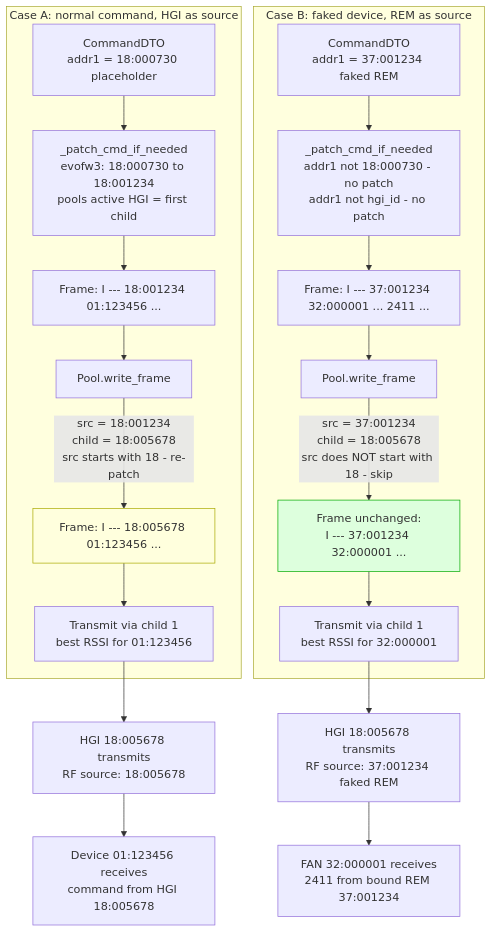
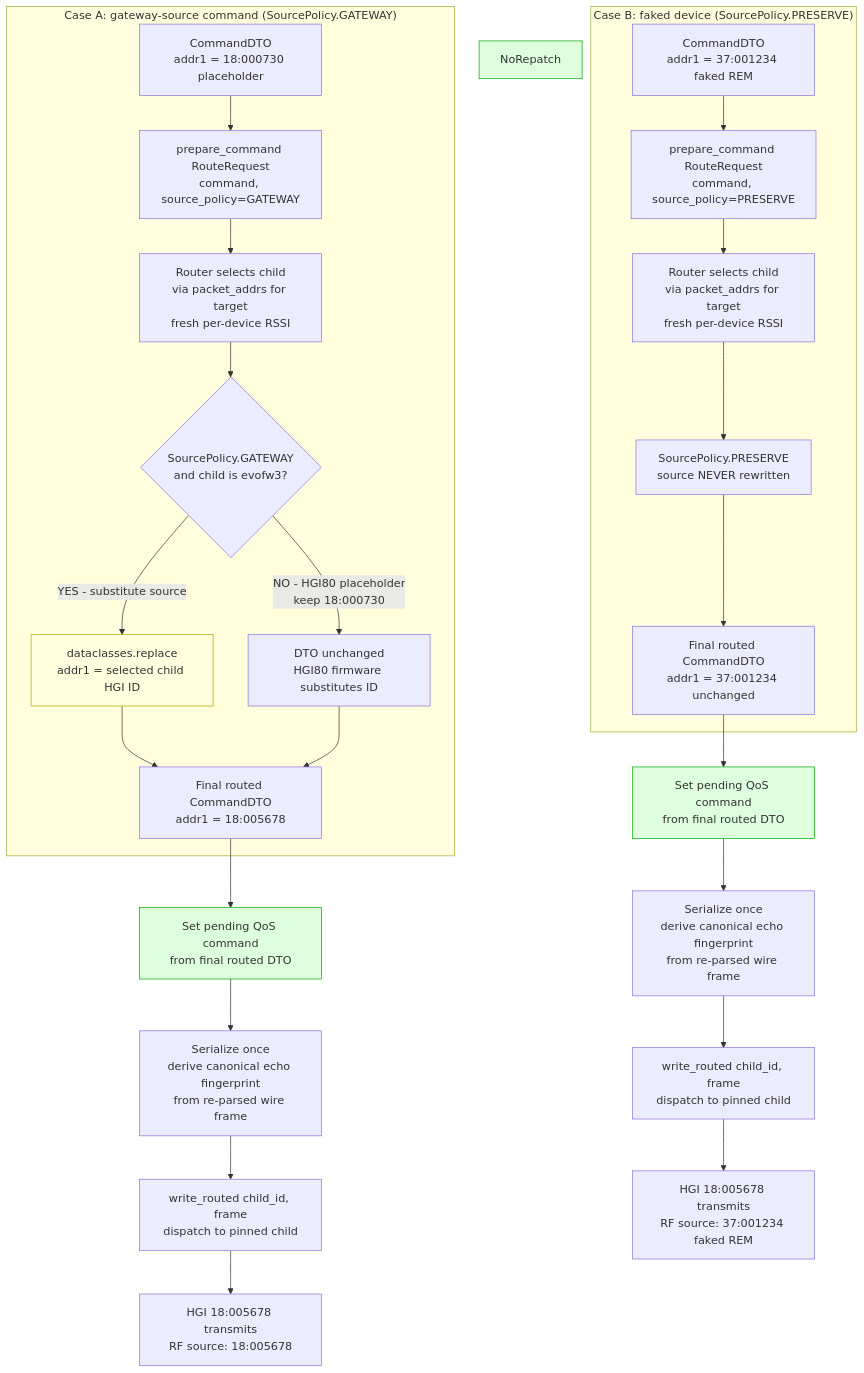
One commit to ramses-rf/ramses_cc changed the diagram in docs/diagrams/02_outbound_rssi_routing.md. Above: the diagram before and after it, drawn with Mermaid. The commit also changed other lines of this file and 6 other files, not shown here.

First line of the commit message:
docs: update flow diagrams to reflect new plan architecture

````diff
--- a/docs/diagrams/02_outbound_rssi_routing.md
+++ b/docs/diagrams/02_outbound_rssi_routing.md
@@ -5,29 +6,38 @@
 ```mermaid
 flowchart TD
-    subgraph CaseA["Case A: normal command, HGI as source"]
+    subgraph CaseA["Case A: gateway-source command (SourcePolicy.GATEWAY)"]
         Cmd1["CommandDTO<br/>addr1 = 18:000730 placeholder"]
-        Cmd1 --> Patch1["_patch_cmd_if_needed<br/>evofw3: 18:000730 to 18:001234<br/>pools active HGI = first child"]
-        Patch1 --> Frame1["Frame: I --- 18:001234 01:123456 ..."]
-        Frame1 --> Pool1["Pool.write_frame"]
-        Pool1 -->|"src = 18:001234<br/>child = 18:005678<br/>src starts with 18 - re-patch"| Repatch1["Frame: I --- 18:005678 01:123456 ..."]
-        Repatch1 --> Send1["Transmit via child 1<br/>best RSSI for 01:123456"]
+        Cmd1 --> Prep1["prepare_command RouteRequest<br/>command, source_policy=GATEWAY"]
+        Prep1 --> Route1["Router selects child<br/>via packet_addrs for target<br/>fresh per-device RSSI"]
+        Route1 --> Sub1{"SourcePolicy.GATEWAY<br/>and child is evofw3?"}
+        Sub1 -->|"YES - substitute source"| Replace1["dataclasses.replace<br/>addr1 = selected child HGI ID"]
+        Sub1 -->|"NO - HGI80 placeholder<br/>keep 18:000730"| Keep1["DTO unchanged<br/>HGI80 firmware substitutes ID"]
+        Replace1 --> Final1["Final routed CommandDTO<br/>addr1 = 18:005678"]
+        Keep1 --> Final1
     end
 
-    subgraph CaseB["Case B: faked device, REM as source"]
+    subgraph CaseB["Case B: faked device (SourcePolicy.PRESERVE)"]
         Cmd2["CommandDTO<br/>addr1 = 37:001234 faked REM"]
-        Cmd2 --> Patch2["_patch_cmd_if_needed<br/>addr1 not 18:000730 - no patch<br/>addr1 not hgi_id - no patch"]
-        Patch2 --> Frame2["Frame: I --- 37:001234 32:000001 ... 2411 ..."]
-        Frame2 --> Pool2["Pool.write_frame"]
-        Pool2 -->|"src = 37:001234<br/>child = 18:005678<br/>src does NOT start with 18 - skip"| NoRepatch["Frame unchanged:<br/>I --- 37:001234 32:000001 ..."]
-        NoRepatch --> Send2["Transmit via child 1<br/>best RSSI for 32:000001"]
+        Cmd2 --> Prep2["prepare_command RouteRequest<br/>command, source_policy=PRESERVE"]
+        Prep2 --> Route2["Router selects child<br/>via packet_addrs for target<br/>fresh per-device RSSI"]
+        Route2 --> NoSub["SourcePolicy.PRESERVE<br/>source NEVER rewritten"]
+        NoSub --> Final2["Final routed CommandDTO<br/>addr1 = 37:001234 unchanged"]
     end
 
-    Send1 --> HGI1["HGI 18:005678 transmits<br/>RF source: 18:005678"]
-    Send2 --> HGI2["HGI 18:005678 transmits<br/>RF source: 37:001234 faked REM"]
+    Final1 --> QoS1["Set pending QoS command<br/>from final routed DTO"]
+    Final2 --> QoS2["Set pending QoS command<br/>from final routed DTO"]
 
-    HGI1 --> Dev1["Device 01:123456 receives<br/>command from HGI 18:005678"]
-    HGI2 --> Dev2["FAN 32:000001 receives<br/>2411 from bound REM 37:001234"]
+    QoS1 --> Serial1["Serialize once<br/>derive canonical echo fingerprint<br/>from re-parsed wire frame"]
+    QoS2 --> Serial2["Serialize once<br/>derive canonical echo fingerprint<br/>from re-parsed wire frame"]
 
-    style Repatch1 fill:#ffd,stroke:#aa0
+    Serial1 --> Write1["write_routed child_id, frame<br/>dispatch to pinned child"]
+    Serial2 --> Write2["write_routed child_id, frame<br/>dispatch to pinned child"]
+
+    Write1 --> HGI1["HGI 18:005678 transmits<br/>RF source: 18:005678"]
+    Write2 --> HGI2["HGI 18:005678 transmits<br/>RF source: 37:001234 faked REM"]
+
+    style Replace1 fill:#ffd,stroke:#aa0
     style NoRepatch fill:#dfd,stroke:#0a0
+    style QoS1 fill:#dfd,stroke:#0a0
+    style QoS2 fill:#dfd,stroke:#0a0
 ```
````
